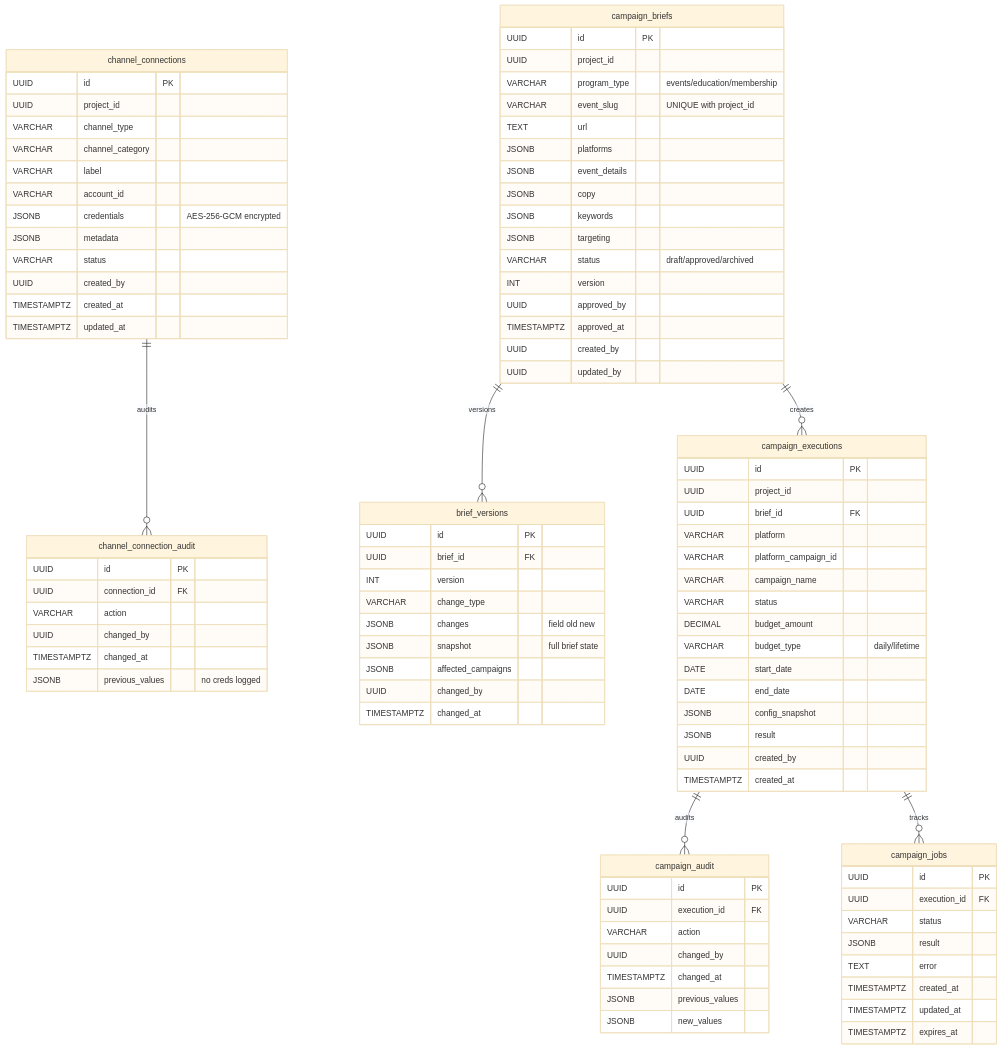
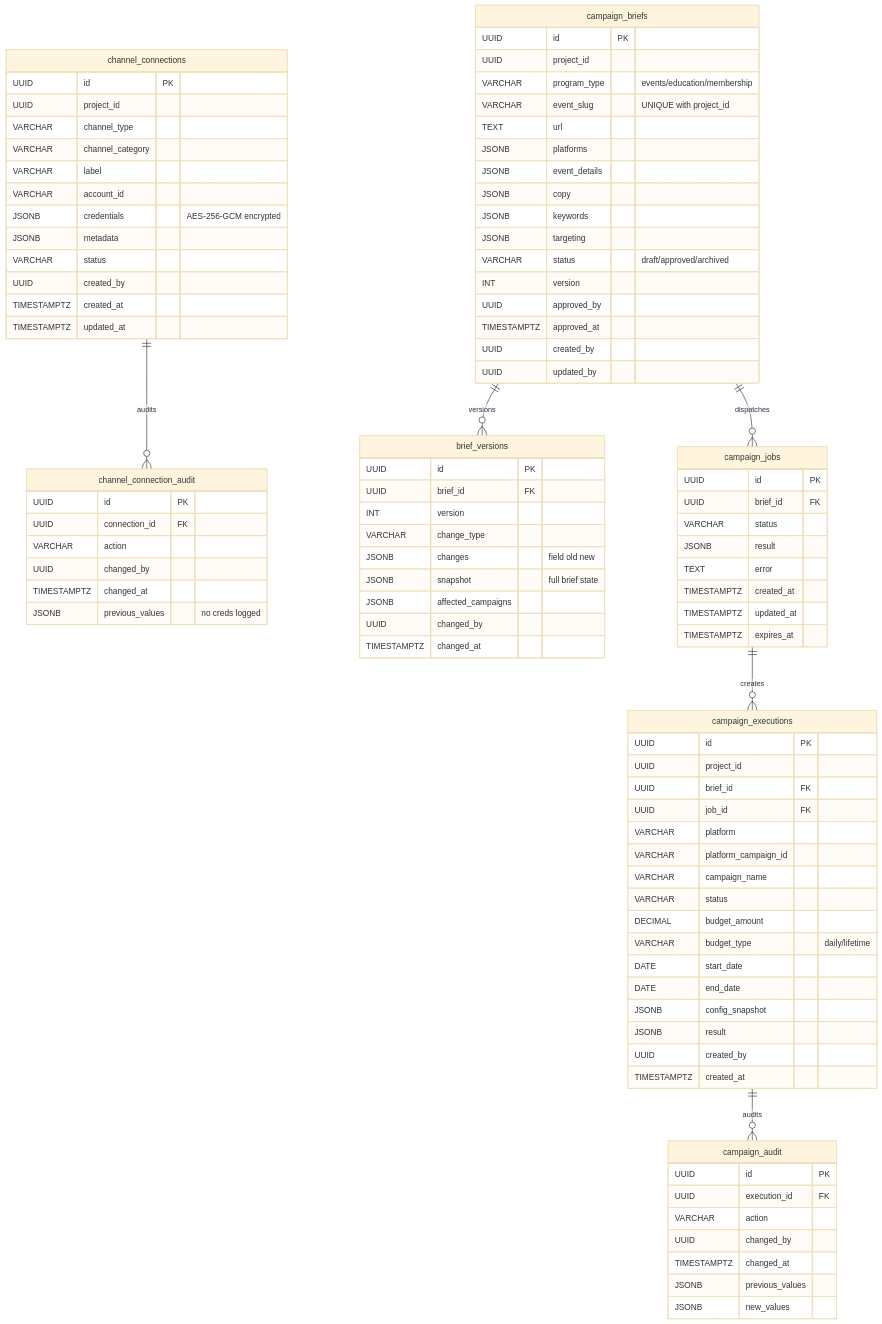
The seventh of 8 diagrams in docs/architecture.md (linuxfoundation/lfx-v2-campaign-service), drawn with Mermaid (base theme) before and after one commit. The commit also changed other lines of this file and 1 other file, not shown here.

First line of the commit message:
docs: align diagrams with Eric's gist and fix ER model

````diff
--- a/docs/architecture.md
+++ b/docs/architecture.md
@@ -358,6 +367,7 @@
         UUID id PK
         UUID project_id
         UUID brief_id FK
+        UUID job_id FK
         VARCHAR platform
         VARCHAR platform_campaign_id
         VARCHAR campaign_name
@@ -384,7 +394,7 @@
 
     campaign_jobs {
         UUID id PK
-        UUID execution_id FK
+        UUID brief_id FK
         VARCHAR status
         JSONB result
         TEXT error
@@ -395,7 +405,7 @@
 
     channel_connections ||--o{ channel_connection_audit : "audits"
     campaign_briefs ||--o{ brief_versions : "versions"
-    campaign_briefs ||--o{ campaign_executions : "creates"
+    campaign_briefs ||--o{ campaign_jobs : "dispatches"
+    campaign_jobs ||--o{ campaign_executions : "creates"
     campaign_executions ||--o{ campaign_audit : "audits"
-    campaign_executions ||--o{ campaign_jobs : "tracks"
 ```
````
